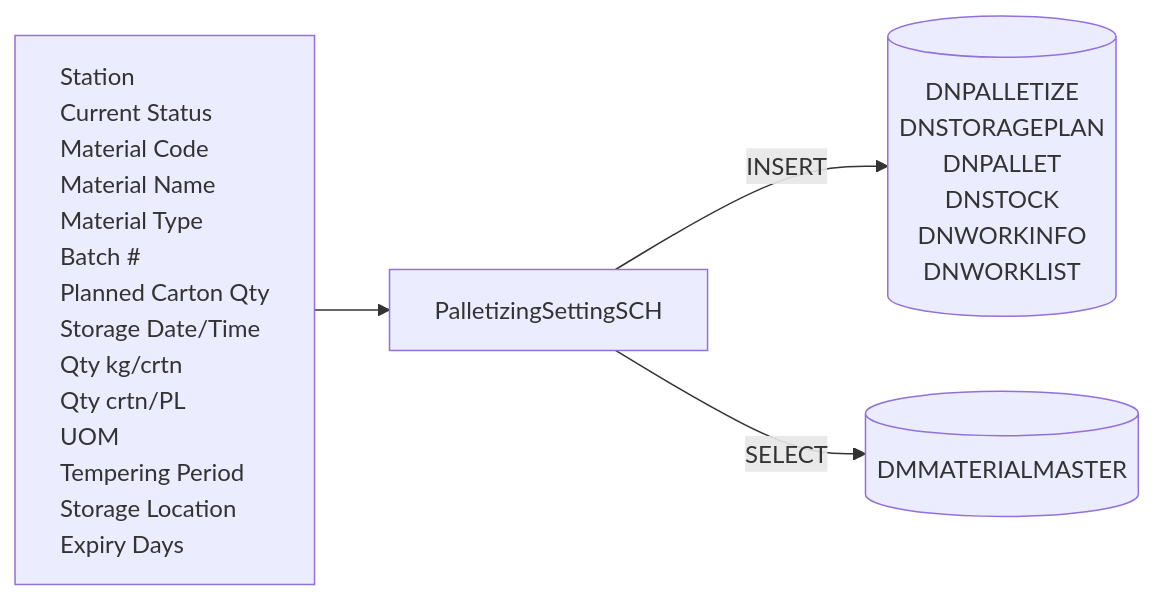
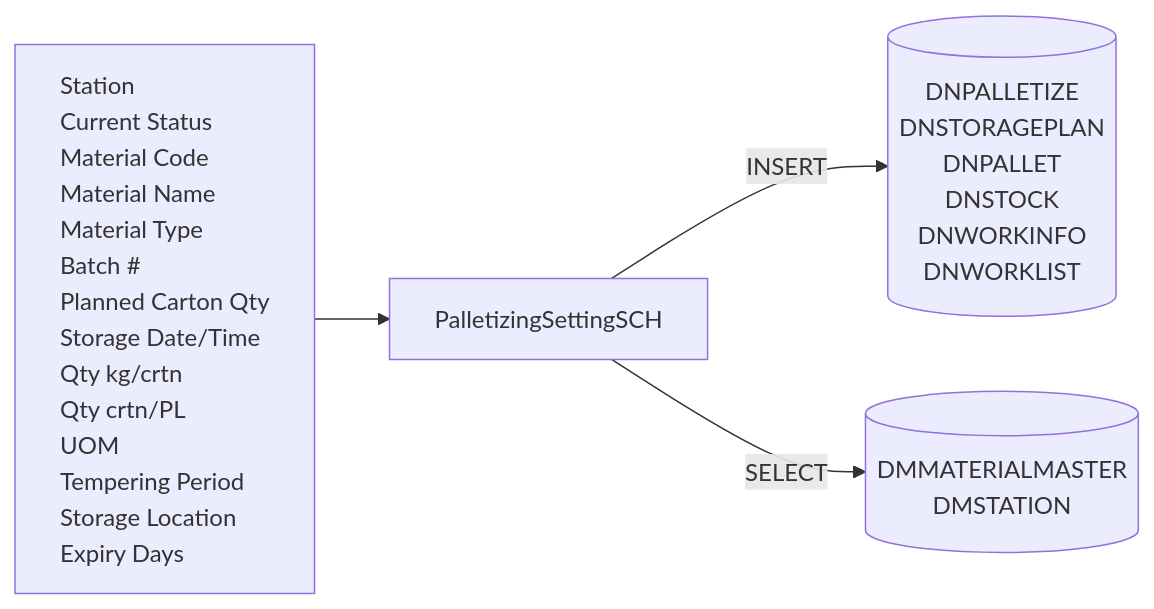
The first of 23 diagrams in Basic-Design/DFD-WMS/Storage/Palletizing-Settting/Palletize-Start.md (luthfiadityaa/SimeDarby-Wiki), drawn with Mermaid before and after one commit.

Commit message:
Updated Palletize Start

```diff
--- a/Basic-Design/DFD-WMS/Storage/Palletizing-Settting/Palletize-Start.md
+++ b/Basic-Design/DFD-WMS/Storage/Palletizing-Settting/Palletize-Start.md
@@ -55,40 +55,41 @@
 ::: mermaid
 flowchart LR
     input[
         Station
         Current Status
         Material Code
         Material Name
         Material Type
         Batch #
         Planned Carton Qty
         Storage Date/Time
         Qty kg/crtn
         Qty crtn/PL
         UOM
         Tempering Period
         Storage Location
         Expiry Days
     ]
 
     tableList-insert[("
         DNPALLETIZE
         DNSTORAGEPLAN
         DNPALLET
         DNSTOCK
         DNWORKINFO
         DNWORKLIST 
     ")]
 
      tableList-select[("
         DMMATERIALMASTER
+        DMSTATION
     ")]
 
     className[PalletizingSettingSCH]
 
     input --> className --> |INSERT| tableList-insert
     className --> |SELECT| tableList-select
 
     classDef leftAlign text-align:left;
     class input leftAlign;
 :::
```
